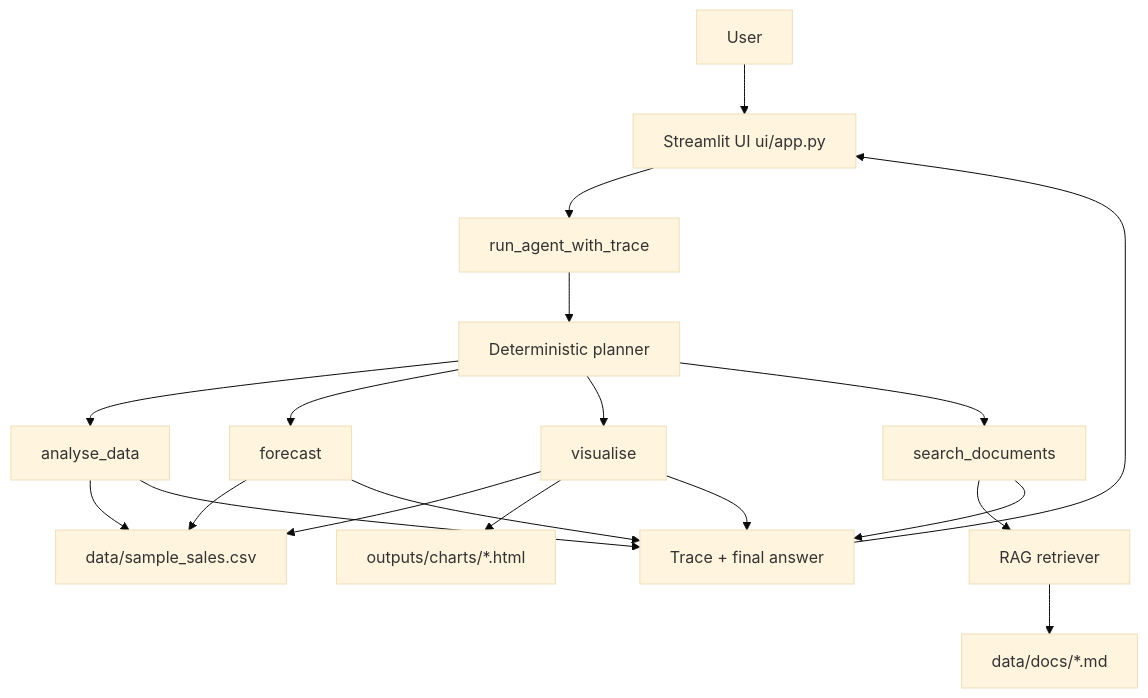
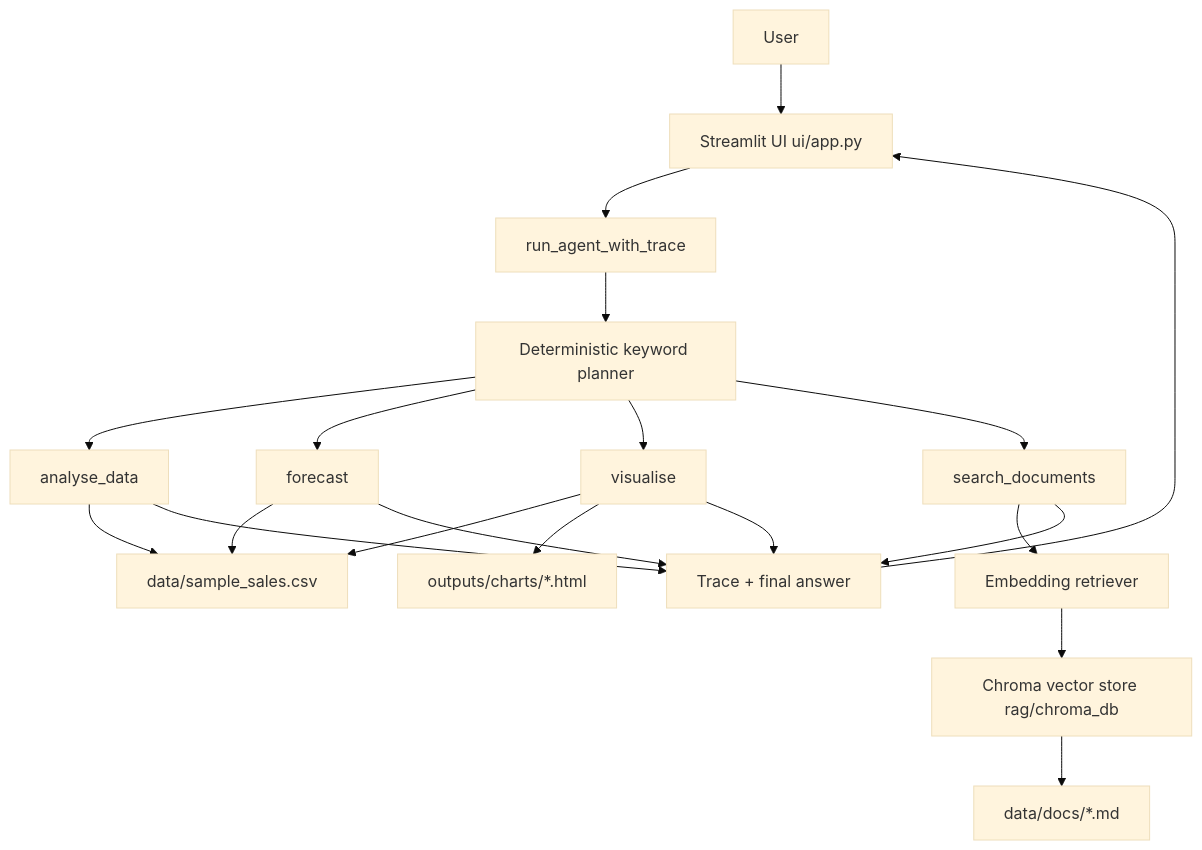
Before and after one commit to varunrout/sales-insight-agent: the diagram in README.md, drawn with Mermaid (base theme). The commit also changed other lines of this file and 1 other file, not shown here.

First line of the commit message:
docs: reframe README and architecture to match the code

````diff
--- a/README.md
+++ b/README.md
@@ -37,24 +46,25 @@
 ```mermaid
 flowchart TD
     U[User] --> UI[Streamlit UI ui/app.py]
     UI --> AG[run_agent_with_trace]
-    AG --> PL[Deterministic planner]
+    AG --> PL[Deterministic keyword planner]
     PL --> T1[analyse_data]
     PL --> T2[forecast]
     PL --> T3[visualise]
     PL --> T4[search_documents]
 
     T1 --> DS[data/sample_sales.csv]
     T2 --> DS
     T3 --> DS
     T3 --> CH[outputs/charts/*.html]
 
-    T4 --> RR[RAG retriever]
-    RR --> DOCS[data/docs/*.md]
+    T4 --> RR[Embedding retriever]
+    RR --> VS[Chroma vector store rag/chroma_db]
+    VS --> DOCS[data/docs/*.md]
 
     T1 --> R[Trace + final answer]
     T2 --> R
     T3 --> R
     T4 --> R
     R --> UI
 ```
````
